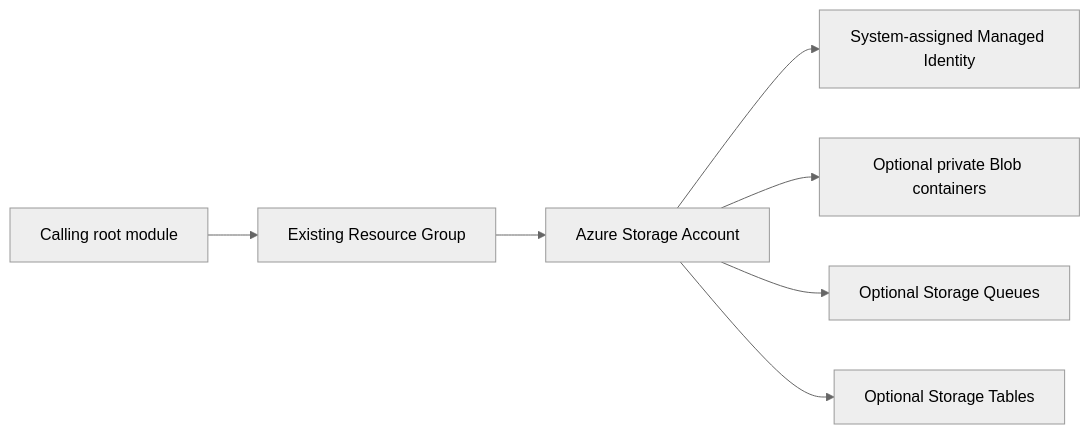
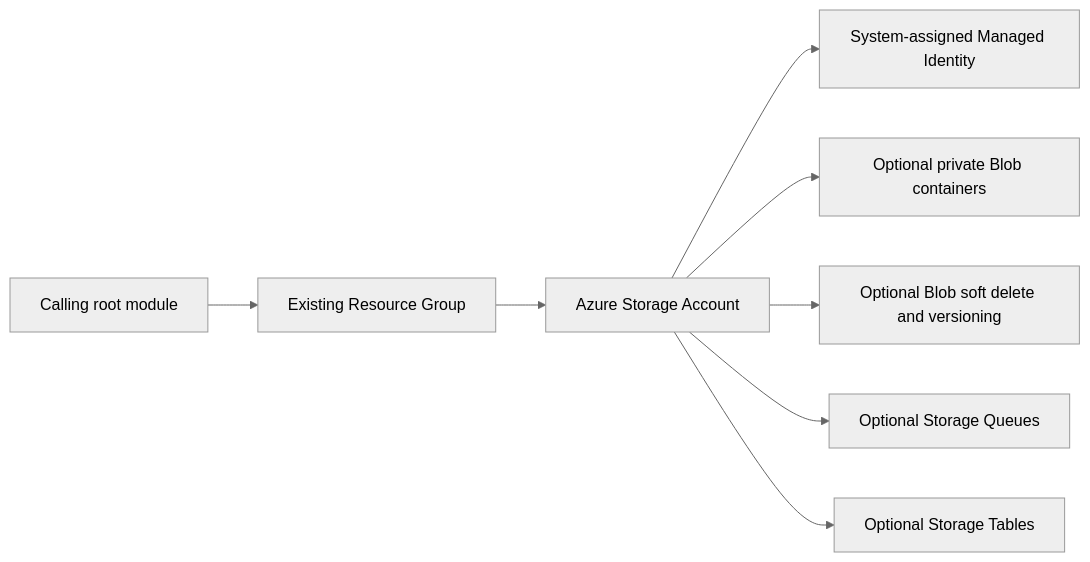
One commit to f2calv/tf_module_azurerm_storage_account changed the diagram in README.md. Above: the diagram before and after it, drawn with Mermaid (neutral theme). The commit also changed other lines of this file and 3 other files, not shown here.

First line of the commit message:
feat(storage): add optional Blob soft delete and versioning

````diff
--- a/README.md
+++ b/README.md
@@ -12,9 +13,10 @@
 ```mermaid
 graph LR
     caller[Calling root module] --> group[Existing Resource Group]
     group --> storage[Azure Storage Account]
     storage --> identity[System-assigned Managed Identity]
     storage --> containers[Optional private Blob containers]
+    storage --> protection[Optional Blob soft delete and versioning]
     storage --> queues[Optional Storage Queues]
     storage --> tables[Optional Storage Tables]
 ```
````
